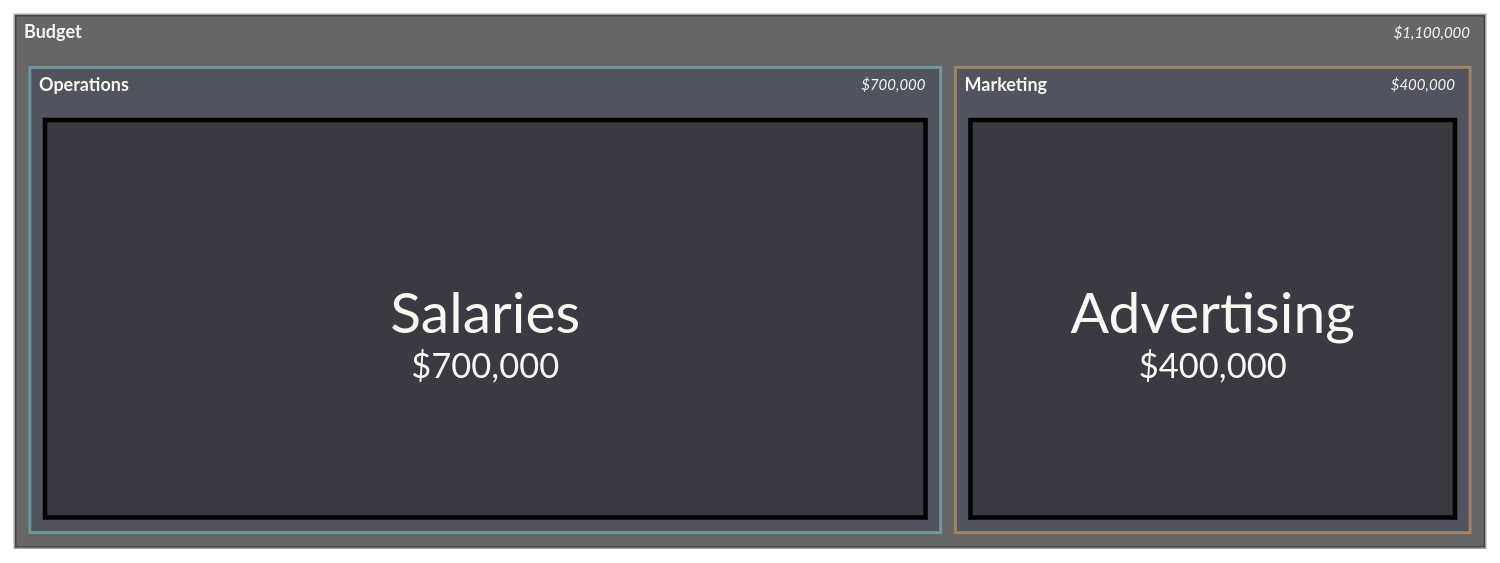
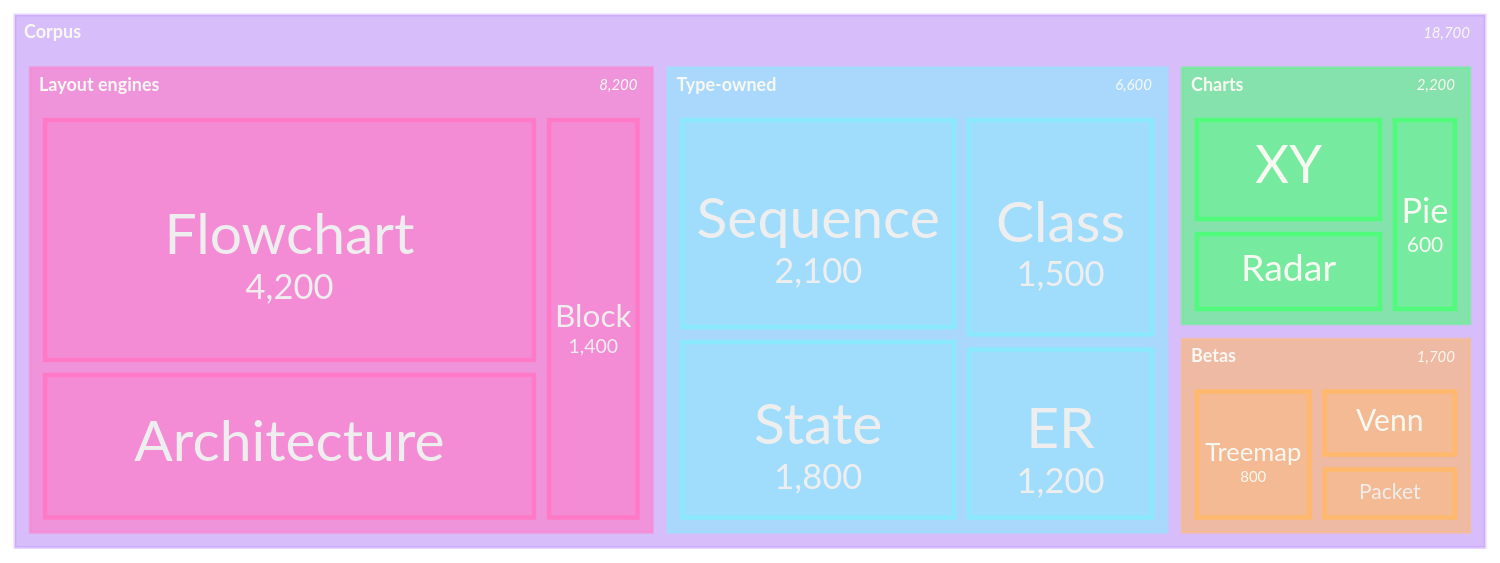
Before and after one commit to bsamiee/Rasm: diagram 11 of 25 in .claude/skills/mermaid-diagramming/references/syntax-extended.md, drawn with Mermaid. The commit also changed other lines of this file and 56 other files, not shown here.

````diff
--- a/.claude/skills/mermaid-diagramming/references/syntax-extended.md
+++ b/.claude/skills/mermaid-diagramming/references/syntax-extended.md
@@ -374,29 +580,54 @@
 ```mermaid
 ---
 config:
   theme: base
   look: classic
   treemap:
-    valueFormat: '$0,0'
+    showValues: true
+    valueFormat: ','
   themeVariables:
     darkMode: true
     fontFamily: "SF Mono, Menlo, Cascadia Mono, Segoe UI Mono, Consolas, monospace"
     useGradient: false
     dropShadow: "none"
     textColor: "#F8F8F2"
     titleColor: "#F8F8F2"
-    primaryColor: "#44475A"
-    primaryTextColor: "#F8F8F2"
-    primaryBorderColor: "#BD93F9"
+    cScale0: "#BD93F9"
+    cScale1: "#FF79C6"
+    cScale2: "#8BE9FD"
+    cScale3: "#50FA7B"
+    cScale4: "#FFB86C"
+    cScaleLabel0: "#F8F8F2"
+    cScaleLabel1: "#F8F8F2"
+    cScaleLabel2: "#F8F8F2"
+    cScaleLabel3: "#F8F8F2"
+    cScaleLabel4: "#F8F8F2"
+    cScalePeer0: "#BD93F9"
+    cScalePeer1: "#FF79C6"
+    cScalePeer2: "#8BE9FD"
+    cScalePeer3: "#50FA7B"
+    cScalePeer4: "#FFB86C"
+  themeCSS: ".treemapLeaf{fill-opacity:.45;stroke-width:1.5px}.treemapSection{fill:#21222C!important;fill-opacity:1;stroke-opacity:1;stroke-width:1px}.treemapSectionLabel{font-size:13.5px;font-weight:700}.treemapSectionValue{font-size:12px}.treemapLabel{font-size:13px!important;font-weight:500}.treemapValue{font-size:11px!important}.treemapTitle{font-size:15px;font-weight:600}"
 ---
 treemap-beta
-accTitle: Area hierarchy demo
-accDescr: A budget decomposed into operations and marketing with classed branches.
-"Budget"
-    "Operations":::ops
-        "Salaries": 700000
-    "Marketing":::focus
-        "Advertising": 400000
-classDef ops fill:#44475A,stroke:#8BE9FD,color:#F8F8F2
-classDef focus fill:#44475A,stroke:#FFB86C,color:#F8F8F2
+accTitle: Corpus render cost
+accDescr: Render milliseconds per diagram family grouped by engine, chart families cheapest and layout-engine families dearest.
+"Corpus"
+    "Layout engines"
+        "Flowchart": 4200
+        "Architecture": 2600
+        "Block": 1400
+    "Type-owned"
+        "Sequence": 2100
+        "State": 1800
+        "Class": 1500
+        "ER": 1200
+    "Charts"
+        "XY": 900
+        "Pie": 600
+        "Radar": 700
+    "Betas"
+        "Treemap": 800
+        "Packet": 400
+        "Venn": 500
 ```
````
